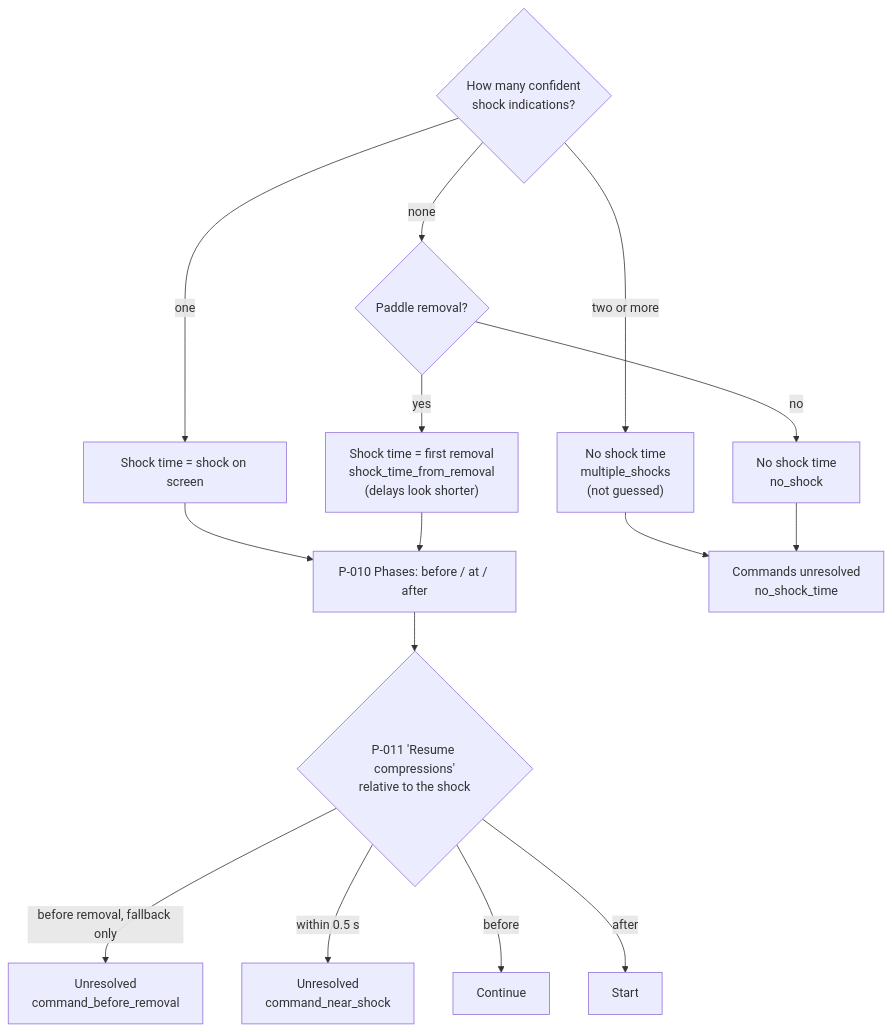
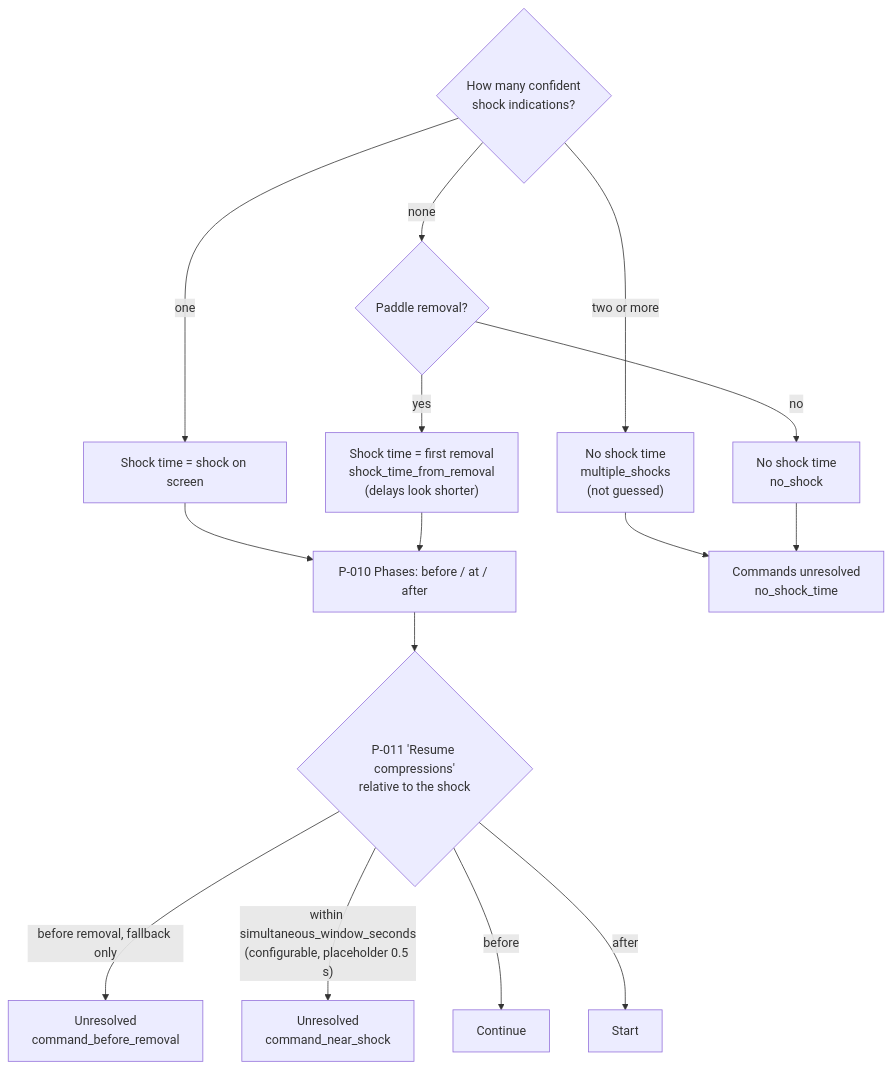
Before and after one commit to ananthu65/defibrillator_research: the fifth of 8 diagrams in docs/rule_engine/diagrams.md, drawn with Mermaid. The commit also changed other lines of this file and 10 other files, not shown here.

First line of the commit message:
fix(rules): correct documented decision logic after diagram review

````diff
--- a/docs/rule_engine/diagrams.md
+++ b/docs/rule_engine/diagrams.md
@@ -94,17 +93,17 @@
 ```mermaid
 flowchart TD
     S0{"How many confident<br/>shock indications?"} -->|two or more| N1["No shock time<br/>multiple_shocks<br/>(not guessed)"]
     S0 -->|one| T1["Shock time = shock on screen"]
     S0 -->|none| R{"Paddle removal?"}
     R -->|yes| T2["Shock time = first removal<br/>shock_time_from_removal<br/>(delays look shorter)"]
     R -->|no| N2["No shock time<br/>no_shock"]
     T1 --> PH["P-010 Phases: before / at / after"]
     T2 --> PH
     PH --> CR{"P-011 'Resume compressions'<br/>relative to the shock"}
     CR -->|before removal, fallback only| UR1["Unresolved<br/>command_before_removal"]
-    CR -->|within 0.5 s| UR2["Unresolved<br/>command_near_shock"]
+    CR -->|"within simultaneous_window_seconds<br/>(configurable, placeholder 0.5 s)"| UR2["Unresolved<br/>command_near_shock"]
     CR -->|before| CO["Continue"]
     CR -->|after| ST["Start"]
     N1 --> UR3["Commands unresolved<br/>no_shock_time"]
     N2 --> UR3
 ```
````
